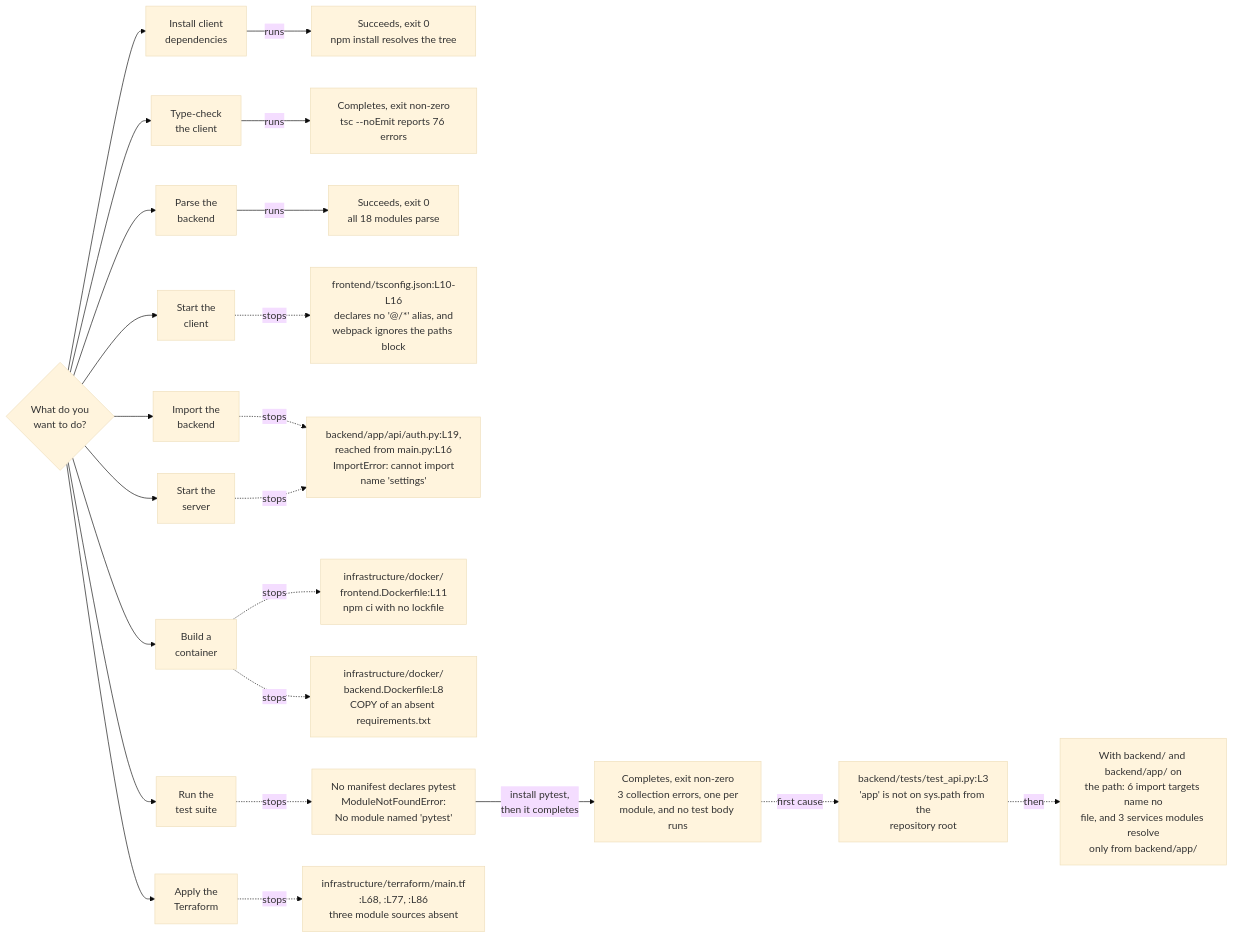
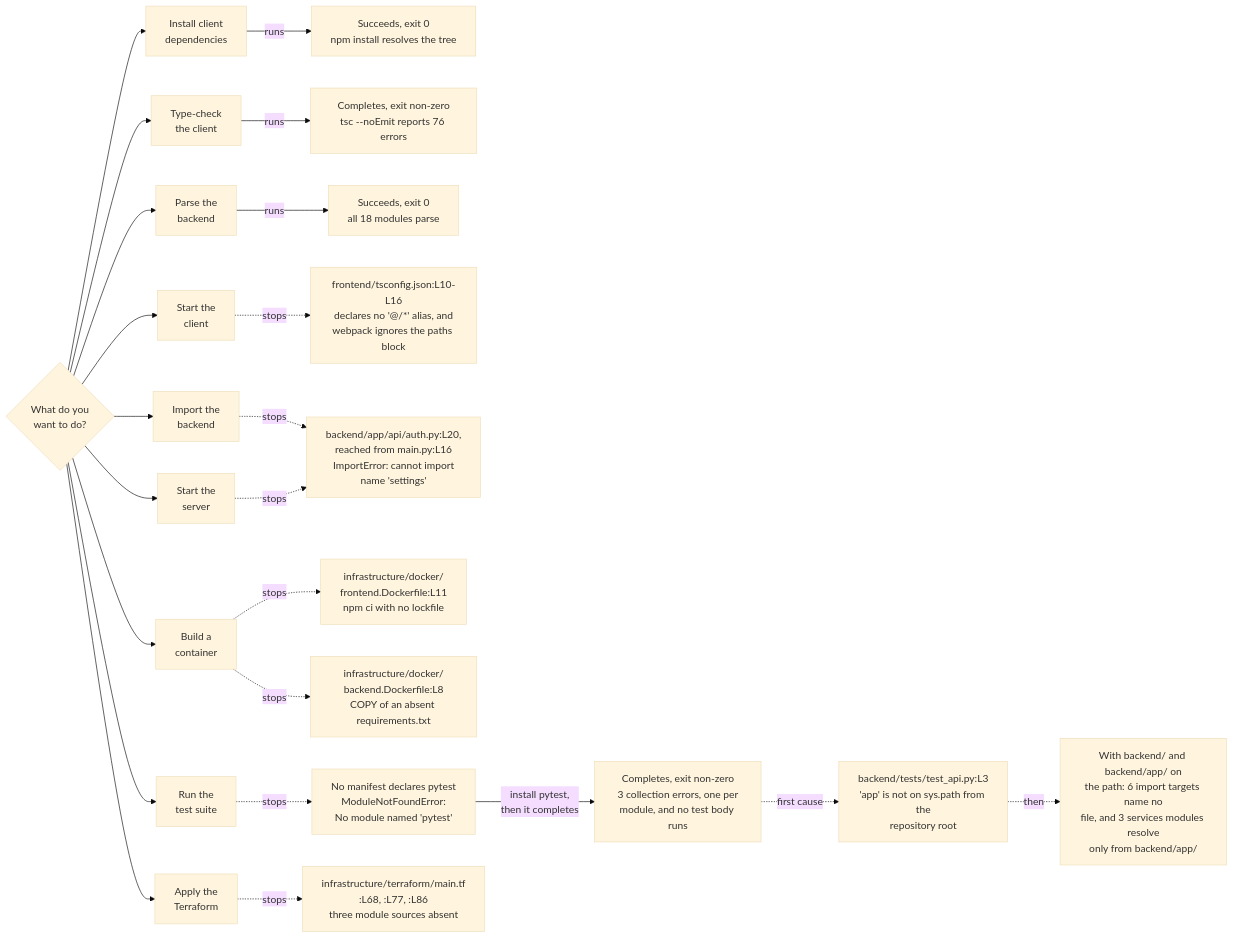
One commit to blitzy-public-samples/microsoft-word-u33ko0 changed the diagram in docs/onboarding.md. Above: the diagram before and after it, drawn with Mermaid (base theme). The commit also changed other lines of this file and 47 other files, not shown here.

````diff
--- a/docs/onboarding.md
+++ b/docs/onboarding.md
@@ -704,36 +704,36 @@
 ```mermaid
 graph LR
     accTitle: What runs today and where each run stops
-    accDescr: A decision node fans out to nine tasks. Four run to completion and two of those succeed. Five stop, and each failure node names the file and line that stops it. The test path stops until pytest is installed, then completes and reports three collection errors.
+    accDescr: A decision node fans out to nine tasks. Four run to completion and two of those succeed. Five stop, and each failure node cites a file and line where one exists or names the missing artifact or path. The test path stops until pytest is installed, then completes and reports three collection errors.
     START{"What do you<br/>want to do?"}
 
     START --> A["Install client<br/>dependencies"]
     START --> B["Type-check<br/>the client"]
     START --> C["Parse the<br/>backend"]
     START --> D["Start the<br/>client"]
     START --> E["Import the<br/>backend"]
     START --> F["Start the<br/>server"]
     START --> G["Build a<br/>container"]
     START --> H["Run the<br/>test suite"]
     START --> I["Apply the<br/>Terraform"]
 
     A -->|"runs"| AOK["Succeeds, exit 0<br/>npm install resolves the tree"]
     B -->|"runs"| BOK["Completes, exit non-zero<br/>tsc --noEmit reports 76 errors"]
     C -->|"runs"| COK["Succeeds, exit 0<br/>all 18 modules parse"]
 
     D -.->|"stops"| DNO["frontend/tsconfig.json:L10-L16<br/>declares no '@/*' alias, and<br/>webpack ignores the paths block"]
-    E -.->|"stops"| ENO["backend/app/api/auth.py:L19,<br/>reached from main.py:L16<br/>ImportError: cannot import<br/>name 'settings'"]
+    E -.->|"stops"| ENO["backend/app/api/auth.py:L20,<br/>reached from main.py:L16<br/>ImportError: cannot import<br/>name 'settings'"]
     F -.->|"stops"| ENO
     G -.->|"stops"| GNO1["infrastructure/docker/<br/>frontend.Dockerfile:L11<br/>npm ci with no lockfile"]
     G -.->|"stops"| GNO2["infrastructure/docker/<br/>backend.Dockerfile:L8<br/>COPY of an absent requirements.txt"]
     H -.->|"stops"| HNO0["No manifest declares pytest<br/>ModuleNotFoundError:<br/>No module named 'pytest'"]
     HNO0 -->|"install pytest,<br/>then it completes"| HOK["Completes, exit non-zero<br/>3 collection errors, one per<br/>module, and no test body runs"]
     HOK -.->|"first cause"| HNO1["backend/tests/test_api.py:L3<br/>'app' is not on sys.path from the<br/>repository root"]
     HNO1 -.->|"then"| HNO2["With backend/ and backend/app/ on<br/>the path: 6 import targets name no<br/>file, and 3 services modules resolve<br/>only from backend/app/"]
     I -.->|"stops"| INO["infrastructure/terraform/main.tf<br/>:L68, :L77, :L86<br/>three module sources absent"]
 
 %% A solid edge marks a path that runs to completion, and its node states whether the run succeeded.
-%% A dashed edge marks a path that stops before completing, and every failure node names the file
-%% and line that stops it. A dashed edge leaving a completion node points at a cause of the failure
-%% that node reports rather than at a further stop.
+%% A dashed edge marks a path that stops before completing. Failure nodes cite a file and line
+%% where one exists, and absence-only nodes name the missing artifact or path. A dashed edge
+%% leaving a completion node points at a cause of the failure that node reports.
 ```
````
